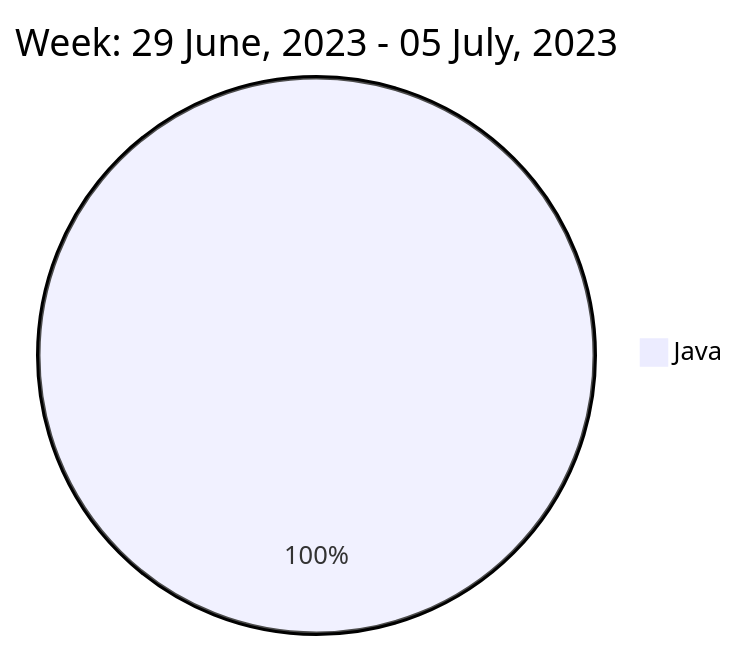
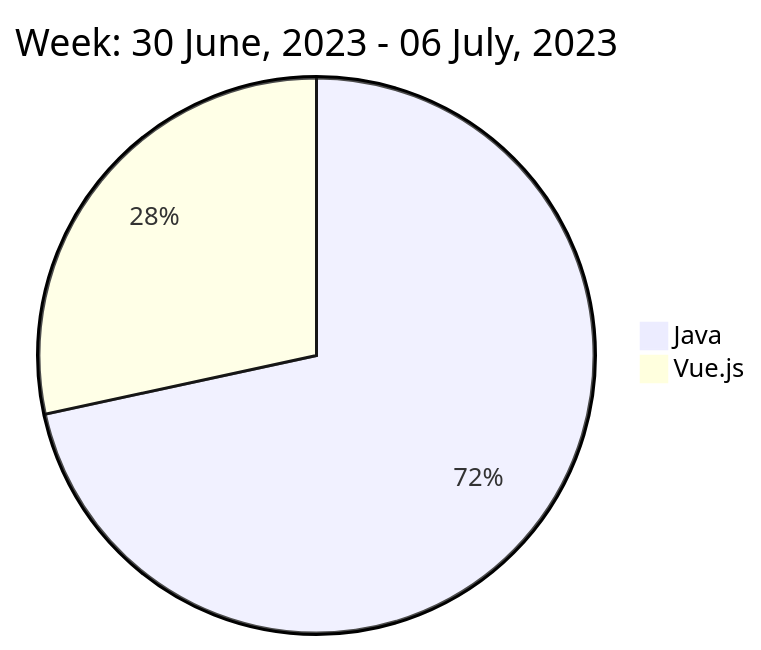
Before and after one commit to liubin95/liubin95: the diagram in README.md, drawn with Mermaid.

Commit message:
Updated the Graph with new Metrics

````diff
--- a/README.md
+++ b/README.md
@@ -40,5 +40,6 @@
 ```mermaid
  pie
-title Week: 29 June, 2023 - 05 July, 2023
- "Java" : 7.98
+title Week: 30 June, 2023 - 06 July, 2023
+ "Java" : 5.6
+ "Vue.js" : 2.22
 ```
````
